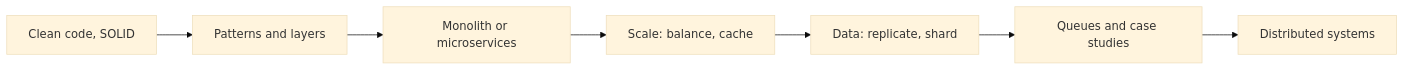
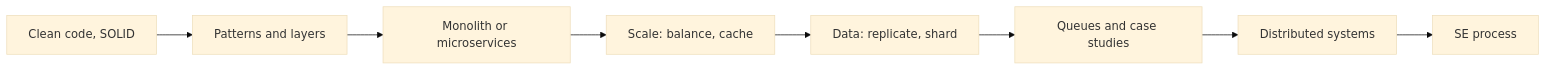
The diagram in docs/14-software-and-system-design/index.md (faiyaz-svg/CSFromTheGroundUp), drawn with Mermaid (base theme) before and after one commit. The commit also changed other lines of this file and 11 other files, not shown here.

````diff
--- a/docs/14-software-and-system-design/index.md
+++ b/docs/14-software-and-system-design/index.md
@@ -13,9 +13,10 @@
 ```mermaid
 flowchart LR
     A["Clean code, SOLID"] --> B["Patterns and layers"]
     B --> C["Monolith or microservices"]
     C --> D["Scale: balance, cache"]
     D --> E["Data: replicate, shard"]
     E --> F["Queues and case studies"]
     F --> G["Distributed systems"]
+    G --> H["SE process"]
 ```
````
